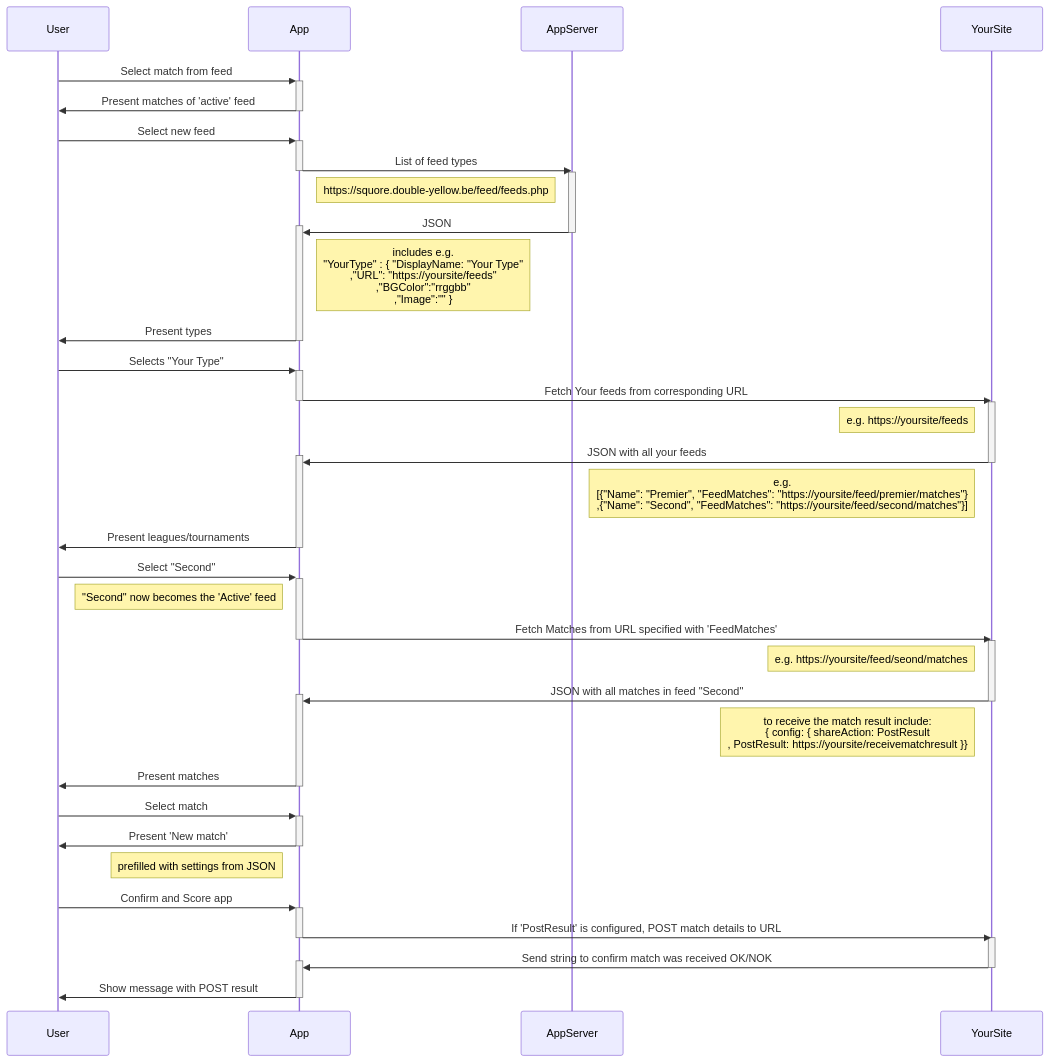
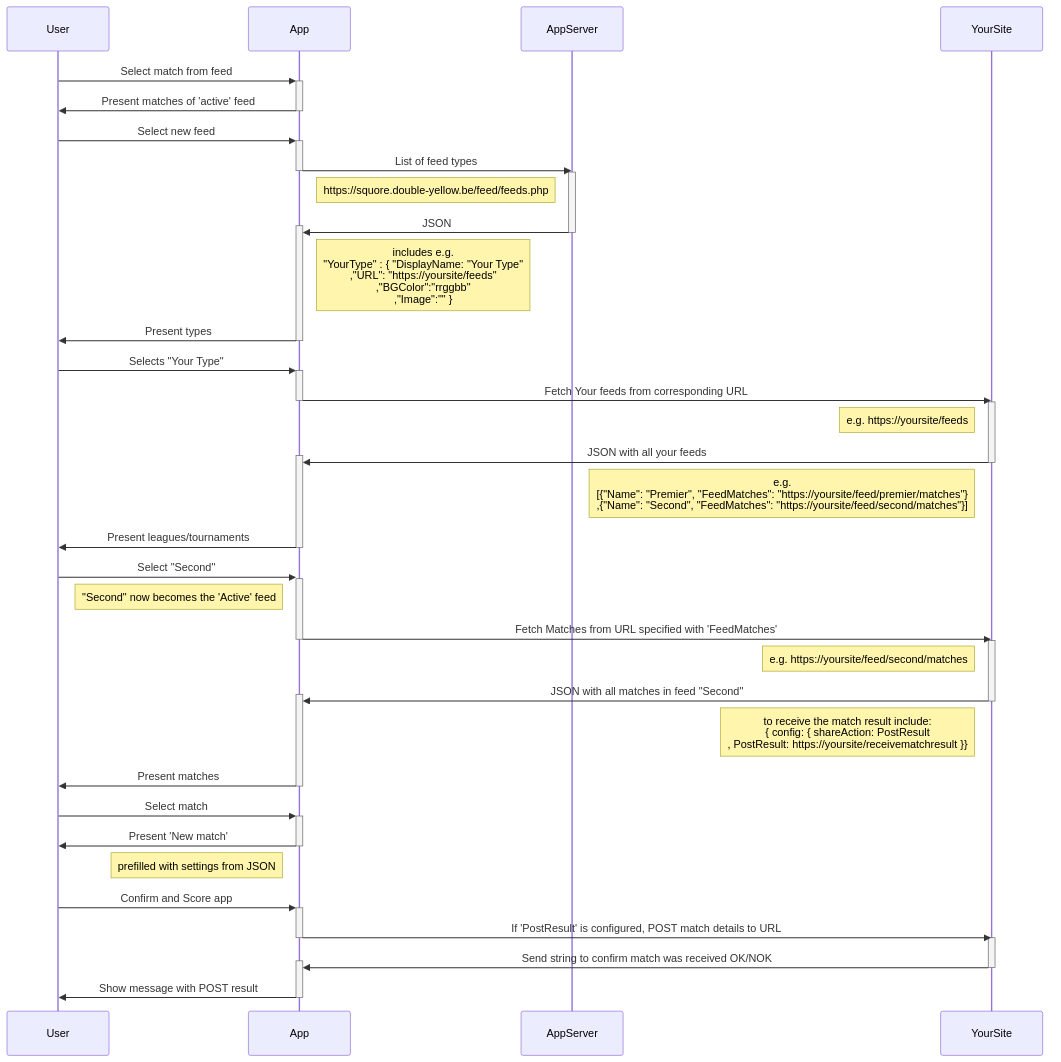
Before and after one commit to obbimi/Squore: the diagram in docs/match/feeds.hosted.on.yoursite.sequencediagram.mmd, drawn with Mermaid.

Commit message:
Documentation

```diff
--- a/docs/match/feeds.hosted.on.yoursite.sequencediagram.mmd
+++ b/docs/match/feeds.hosted.on.yoursite.sequencediagram.mmd
@@ -1,56 +1,56 @@
 sequenceDiagram
 participant User
 participant App
 participant AppServer
 participant YourSite
 link AppServer: Feed Types    @ https://squore.double-yellow.be/feed/feeds.php
-link AppServer: Documentation @ https://squore.double-yellow.be/2023-02-03.Integrate-Squore-with-your-website.odt
+link AppServer: Documentation @ https://squore.double-yellow.be/feed/2023-11-10.Integrate-Squore-with-your-website.odt
 link YourSite: Feeds           @ https://yoursite/feeds
 link YourSite: Premier Matches @ https://yoursite/feed/premier/matches
 link YourSite: Second Matches  @ https://yoursite/feed/second/matches
 link YourSite: Feeds Example   @ https://squore.double-yellow.be/demo/demo.feeds.partner.php
 link YourSite: Matches Example @ https://squore.double-yellow.be/partner/Region+B/Division/2A
 link YourSite: Mermaid         @ https://mermaid.js.org/syntax/sequenceDiagram.html
 
 User      ->>+App  : Select match from feed
 App       ->>-User : Present matches of 'active' feed
 
 User      ->>+App        : Select new feed
 App       ->>-AppServer  :List of feed types
 activate AppServer
 Note left of AppServer  : https://squore.double-yellow.be/feed/feeds.php
 AppServer ->>+App : JSON
 deactivate AppServer
 Note right of App : includes e.g.<br/>"YourType" : { "DisplayName: "Your Type"<br>,"URL": "https://yoursite/feeds"<br/>,"BGColor":"rrggbb"<br/>,"Image":"" }
 App       ->>-User: Present types 
 
 User      ->>+App: Selects "Your Type"
 App       ->>-YourSite:Fetch Your feeds from corresponding URL
 activate YourSite
 Note left of YourSite: e.g. https://yoursite/feeds
 YourSite  ->>+App  : JSON with all your feeds
 deactivate YourSite
 Note left of YourSite : e.g.<br> [{"Name": "Premier", "FeedMatches": "https://yoursite/feed/premier/matches"}<br>,{"Name": "Second", "FeedMatches": "https://yoursite/feed/second/matches"}]
 %%end
 App       ->>-User : Present leagues/tournaments
 
 User      ->>+App  : Select "Second"
 Note left of App: "Second" now becomes the 'Active' feed
 App       ->>-YourSite : Fetch Matches from URL specified with 'FeedMatches'
 activate YourSite
-Note left of YourSite: e.g. https://yoursite/feed/seond/matches
+Note left of YourSite: e.g. https://yoursite/feed/second/matches
 YourSite  ->>+App  : JSON with all matches in feed "Second"
 deactivate YourSite
 Note left of YourSite: to receive the match result include:<br>{ config: { shareAction: PostResult<br>, PostResult: https://yoursite/receivematchresult }}
 App       ->>-User : Present matches
 
 User      ->>+App  : Select match
 App       ->>-User : Present 'New match' 
 Note left of App: prefilled with settings from JSON 
 
 User      ->>+App  : Confirm and Score app
 App       ->>-YourSite: If 'PostResult' is configured, POST match details to URL
 activate YourSite
 YourSite  ->>+App     : Send string to confirm match was received OK/NOK 
 deactivate YourSite
 App       ->>-User    : Show message with POST result
```
